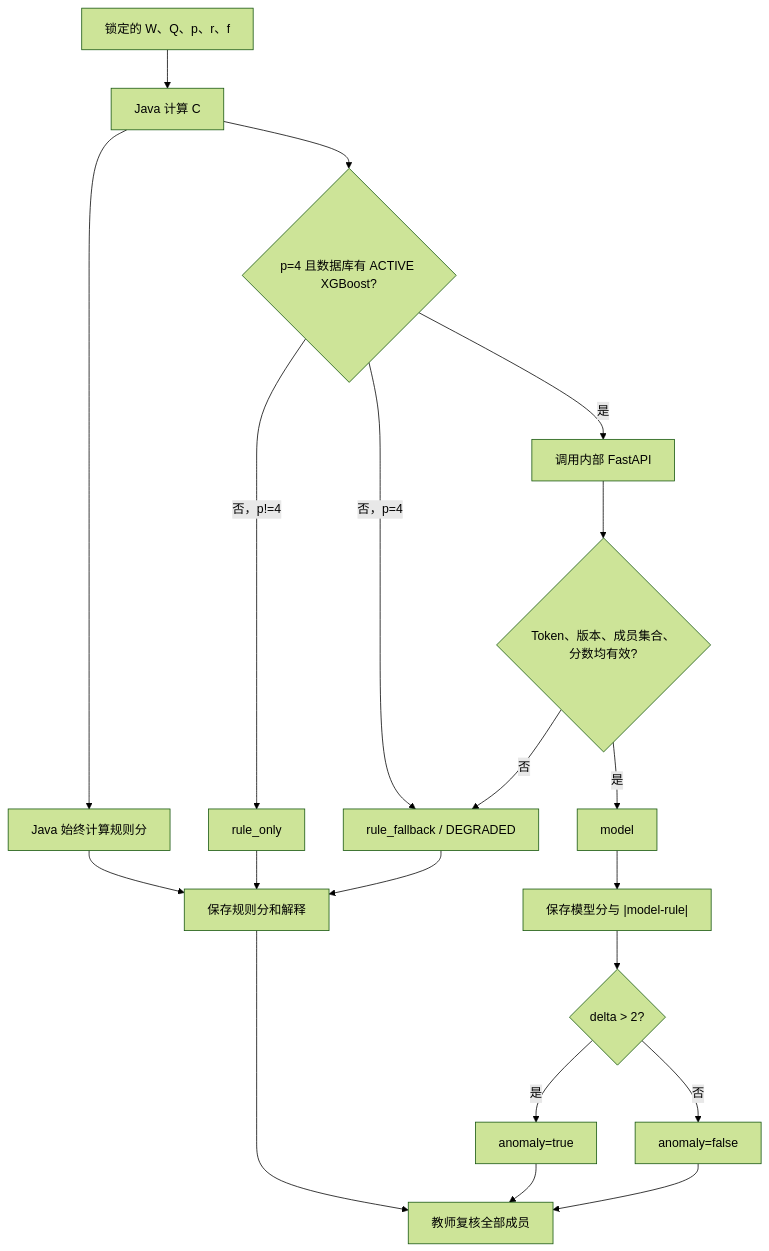
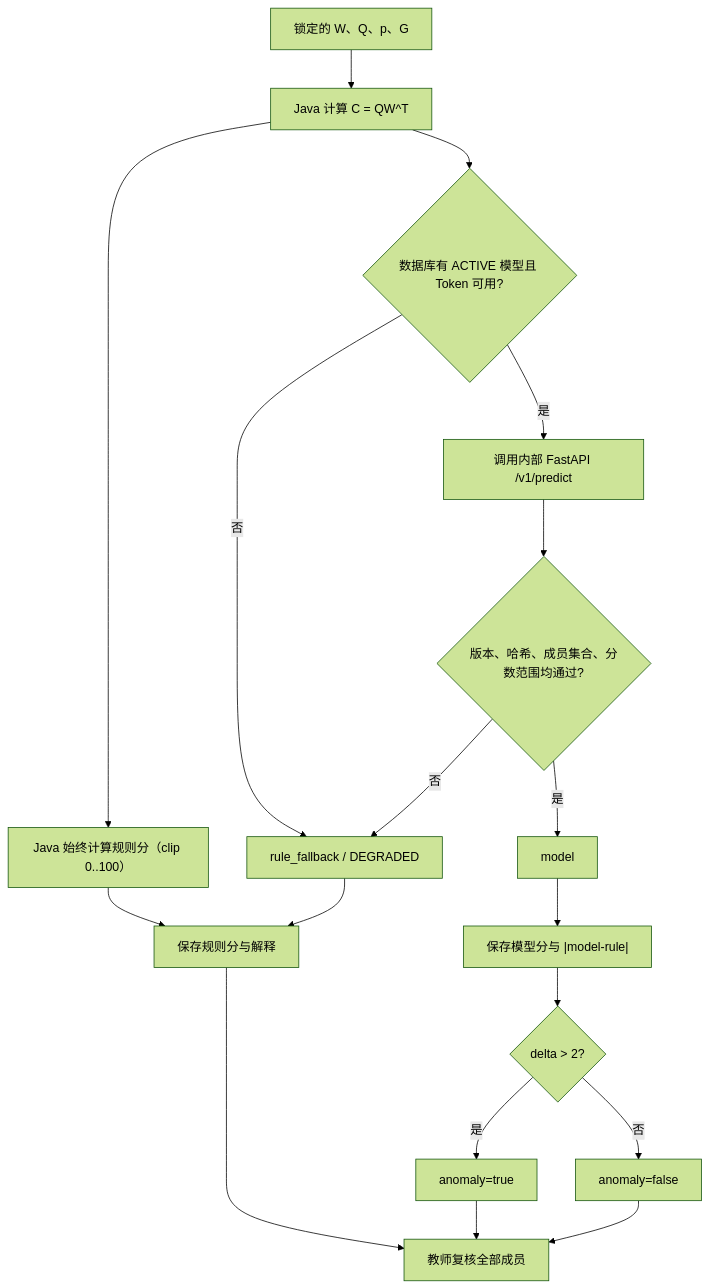
The diagram in docs/SCORING_ALGORITHM.md (Anny-ZYF/pbl-demo), drawn with Mermaid (forest theme) before and after one commit. The commit also changed other lines of this file and 420 other files, not shown here.

````diff
--- a/docs/SCORING_ALGORITHM.md
+++ b/docs/SCORING_ALGORITHM.md
@@ -124,22 +104,20 @@
 ```mermaid
 flowchart TD
-    I["锁定的 W、Q、p、r、f"] --> C["Java 计算 C"]
-    C --> R["Java 始终计算规则分"]
-    C --> E{"p=4 且数据库有 ACTIVE XGBoost?"}
-    E -->|"否，p!=4"| RO["rule_only"]
-    E -->|"否，p=4"| RF["rule_fallback / DEGRADED"]
-    E -->|"是"| P["调用内部 FastAPI"]
-    P --> V{"Token、版本、成员集合、分数均有效?"}
+    I["锁定的 W、Q、p、G"] --> C["Java 计算 C = QW^T"]
+    C --> R["Java 始终计算规则分（clip 0..100）"]
+    C --> E{"数据库有 ACTIVE 模型且 Token 可用?"}
+    E -->|"否"| RF["rule_fallback / DEGRADED"]
+    E -->|"是"| P["调用内部 FastAPI /v1/predict"]
+    P --> V{"版本、哈希、成员集合、分数范围均通过?"}
     V -->|"否"| RF
     V -->|"是"| M["model"]
-    R --> S["保存规则分和解释"]
-    RO --> S
+    R --> S["保存规则分与解释"]
     RF --> S
     M --> D["保存模型分与 |model-rule|"]
     D --> A{"delta > 2?"}
     A -->|"是"| X["anomaly=true"]
     A -->|"否"| N["anomaly=false"]
     S --> H["教师复核全部成员"]
     X --> H
     N --> H
 ```
````
